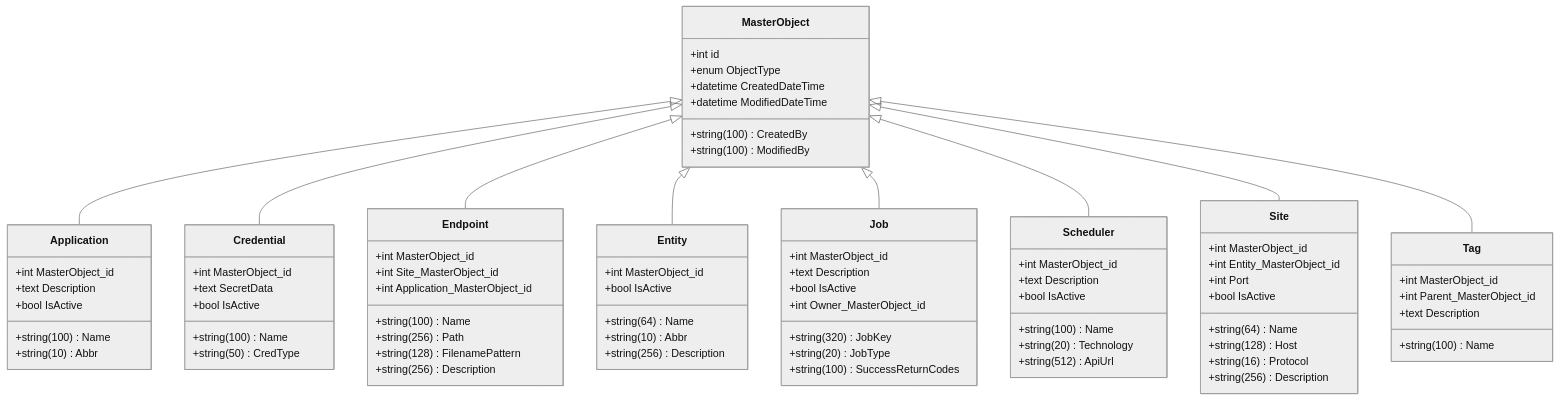
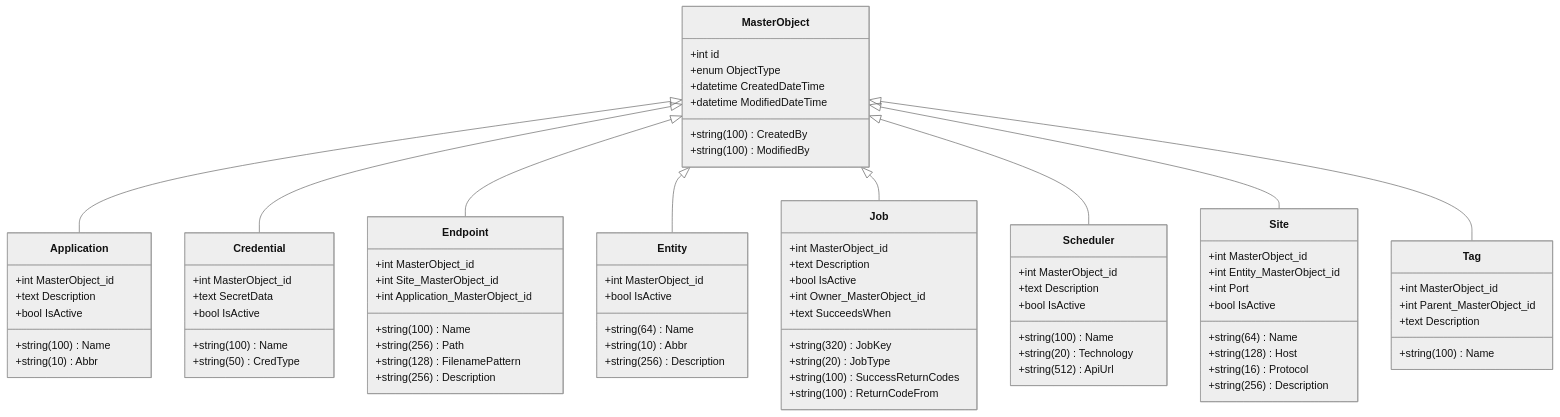
The first of 3 diagrams in docs/PYTHON_MODEL.md (JayCBoal/AutomationApp), drawn with Mermaid (neutral theme) before and after one commit. The commit also changed other lines of this file and 40 other files, not shown here.

```diff
--- a/docs/PYTHON_MODEL.md
+++ b/docs/PYTHON_MODEL.md
@@ -61,6 +61,8 @@
         +string(20) JobType
         +int Owner_MasterObject_id
         +string(100) SuccessReturnCodes
+        +text SucceedsWhen
+        +string(100) ReturnCodeFrom
     }
     MasterObject <|-- Job
     class Scheduler {
```
